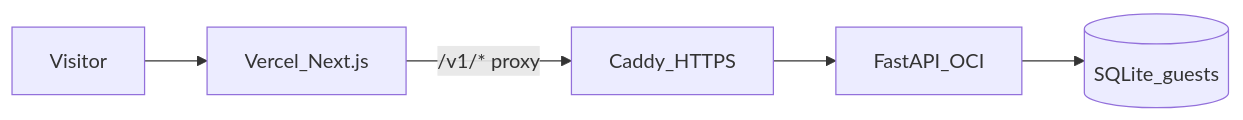
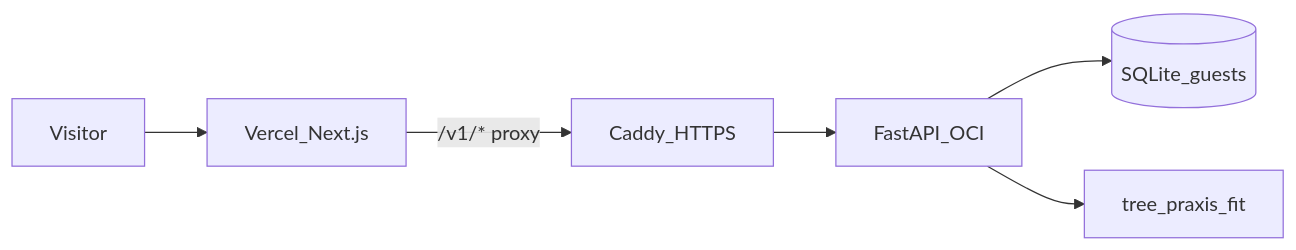
Before and after one commit to Sousa-16/PRAXISWeb: the diagram in README.md, drawn with Mermaid. The commit also changed other lines of this file and 5 other files, not shown here.

````diff
--- a/README.md
+++ b/README.md
@@ -55,7 +84,8 @@
 ```mermaid
 flowchart LR
   visitor[Visitor] --> vercel[Vercel_Next.js]
   vercel -->|"/v1/* proxy"| caddy[Caddy_HTTPS]
   caddy --> api[FastAPI_OCI]
   api --> sqlite[(SQLite_guests)]
+  api --> praxis[tree_praxis_fit]
 ```
````
